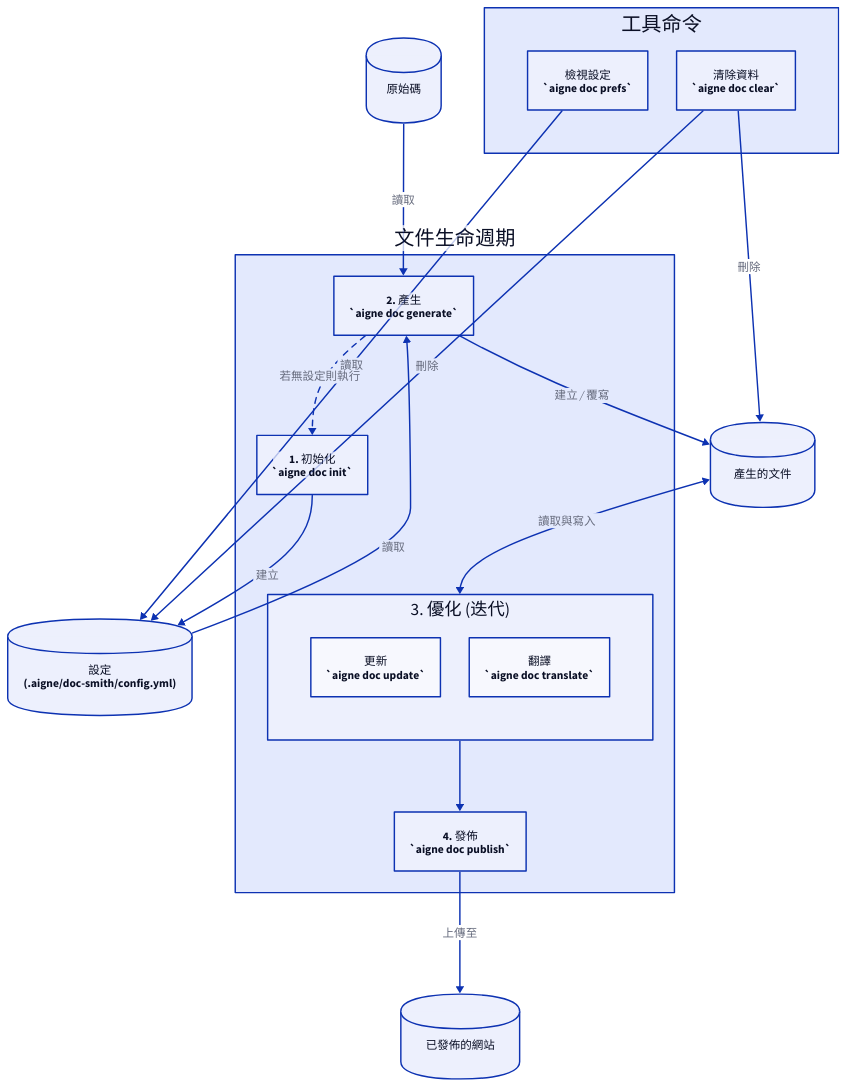
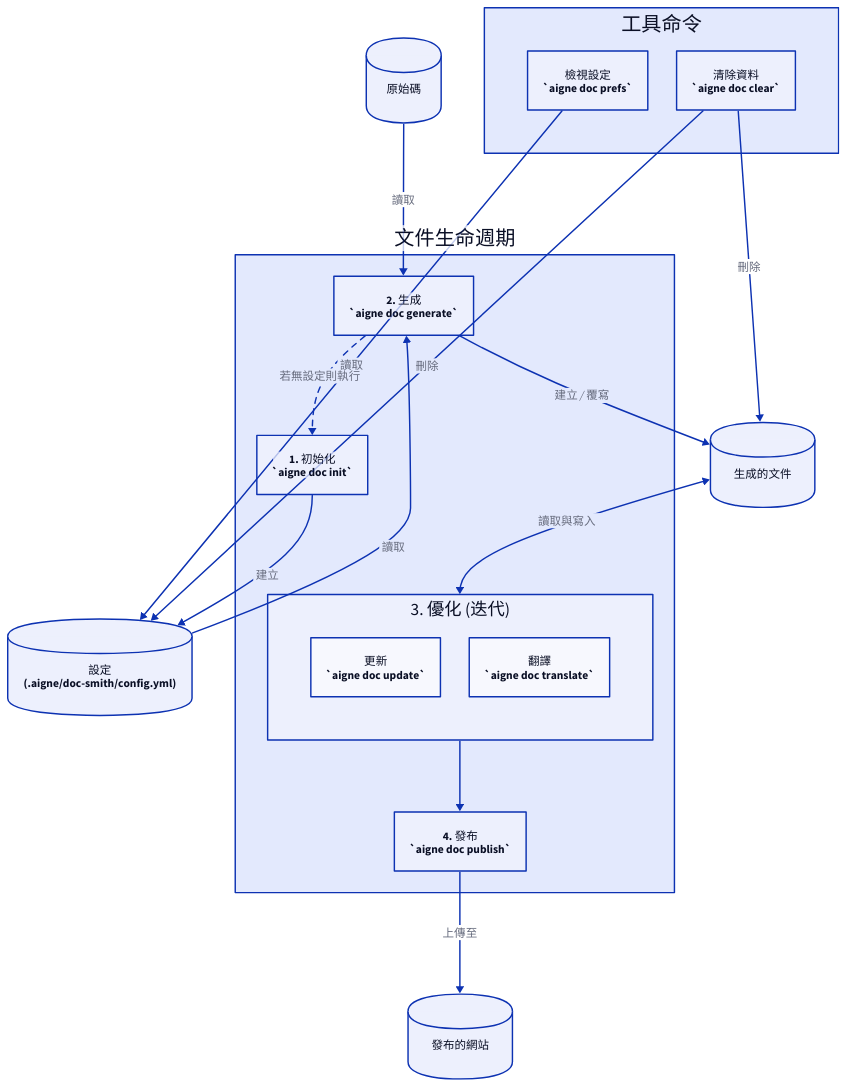
One commit to AIGNE-io/aigne-doc-smith changed the diagram in docs/cli-reference.zh-TW.md. Above: the diagram before and after it, drawn with D2. The commit also changed other lines of this file and 3 other files, not shown here.

````diff
--- a/docs/cli-reference.zh-TW.md
+++ b/docs/cli-reference.zh-TW.md
@@ -15,7 +15,7 @@
 ```d2
 direction: down
 
-# Artifacts
+# 產物
 Source-Code: {
   label: "原始碼"
   shape: cylinder
@@ -25,15 +25,15 @@
   shape: cylinder
 }
 Generated-Docs: {
-  label: "產生的文件"
+  label: "生成的文件"
   shape: cylinder
 }
 Published-Docs: {
-  label: "已發佈的網站"
+  label: "發布的網站"
   shape: cylinder
 }
 
-# --- Core Workflow ---
+# --- 核心工作流程 ---
 Lifecycle: {
   label: "文件生命週期"
   
@@ -43,7 +43,7 @@
   }
 
   generate: {
-    label: "2. 產生\n`aigne doc generate`"
+    label: "2. 生成\n`aigne doc generate`"
     shape: rectangle
   }
 
@@ -62,12 +62,12 @@
   }
 
   publish: {
-    label: "4. 發佈\n`aigne doc publish`"
+    label: "4. 發布\n`aigne doc publish`"
     shape: rectangle
   }
 }
 
-# --- Utility Commands ---
+# --- 工具命令 ---
 Utilities: {
   label: "工具命令"
   grid-columns: 2
@@ -83,9 +83,9 @@
 }
 
 
-# --- Connections ---
+# --- 連接 ---
 
-# Setup and Generation
+# 設定與生成
 Lifecycle.init -> Configuration: "建立"
 Source-Code -> Lifecycle.generate: "讀取"
 Configuration -> Lifecycle.generate: "讀取"
@@ -95,14 +95,14 @@
   style.stroke-dash: 4
 }
 
-# Refinement Loop
+# 優化迴圈
 Generated-Docs <-> Lifecycle.Refinement: "讀取與寫入"
 
-# Publishing
+# 發布
 Lifecycle.Refinement -> Lifecycle.publish
 Lifecycle.publish -> Published-Docs: "上傳至"
 
-# Utility Connections
+# 工具連接
 Utilities.prefs -> Configuration: "讀取"
 Utilities.clear -> Configuration: "刪除"
 Utilities.clear -> Generated-Docs: "刪除"
````
